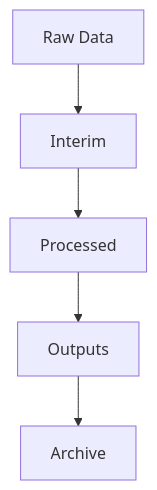
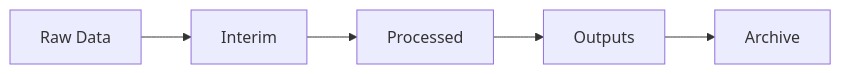
Before and after one commit to thomgiles/DSDSP: the third of 4 diagrams in training_site/essential_digital_skills/episodes/04-research_data_managment.qmd, drawn with Mermaid. The commit also changed other lines of this file, not shown here.

Commit message:
Fix to mermaid

````diff
--- a/training_site/essential_digital_skills/episodes/04-research_data_managment.qmd
+++ b/training_site/essential_digital_skills/episodes/04-research_data_managment.qmd
@@ -201,7 +219,7 @@
 ```{mermaid}
-flowchart TB
+flowchart LR
     A[Raw Data] --> B[Interim]
     B --> C[Processed]
     C --> D[Outputs]
     D --> E[Archive]
 ```
````
